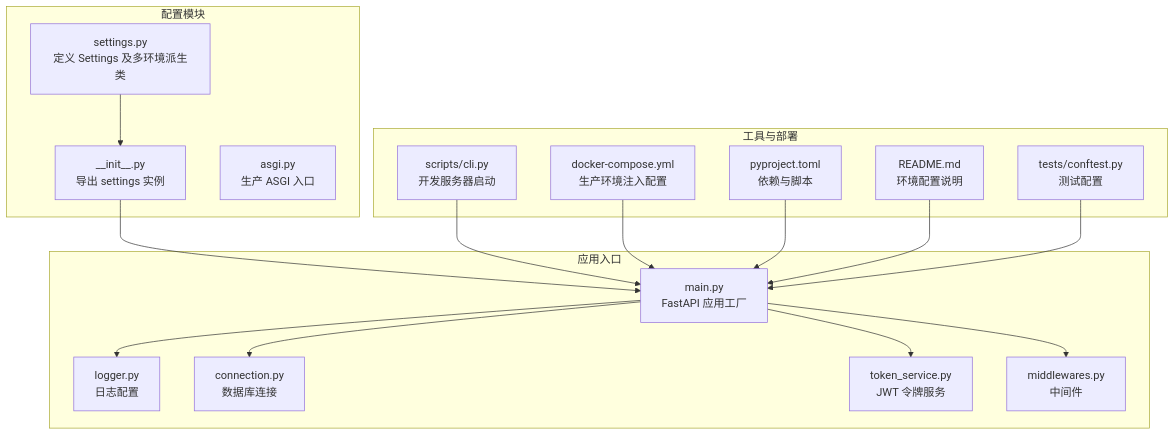
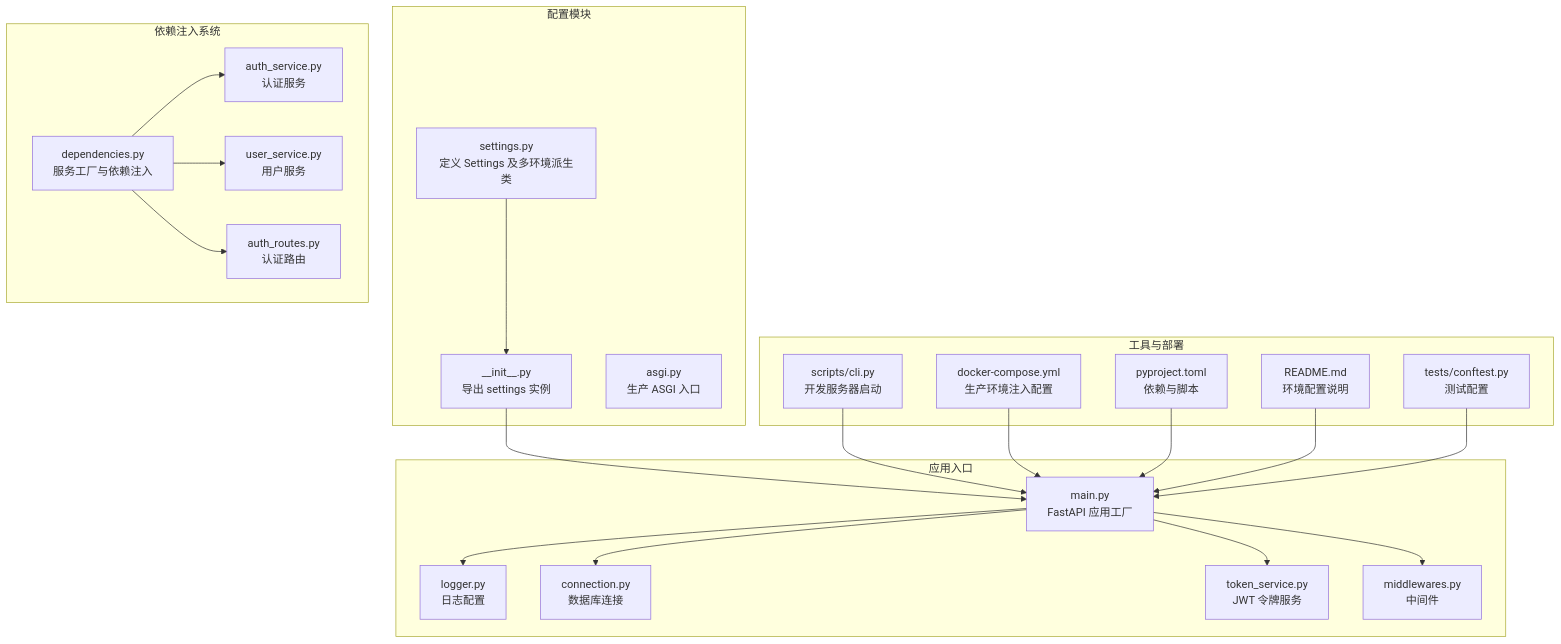
One commit to taoweidong/Hello-FastApi changed the first of 6 diagrams in .qoder/repowiki/zh/content/后端架构设计/配置管理系统.md. Above: the diagram before and after it, drawn with Mermaid. The commit also changed other lines of this file and 18 other files, not shown here.

````diff
--- a/.qoder/repowiki/zh/content/后端架构设计/配置管理系统.md
+++ b/.qoder/repowiki/zh/content/后端架构设计/配置管理系统.md
@@ -49,32 +54,41 @@
 ```mermaid
 graph TB
 subgraph "配置模块"
 S["settings.py<br/>定义 Settings 及多环境派生类"]
 INIT["__init__.py<br/>导出 settings 实例"]
 ASGI["asgi.py<br/>生产 ASGI 入口"]
 end
 subgraph "应用入口"
 MAIN["main.py<br/>FastAPI 应用工厂"]
 LOGGER["logger.py<br/>日志配置"]
 DB["connection.py<br/>数据库连接"]
 TOKEN["token_service.py<br/>JWT 令牌服务"]
 MW["middlewares.py<br/>中间件"]
 end
+subgraph "依赖注入系统"
+DEPS["dependencies.py<br/>服务工厂与依赖注入"]
+AUTH_SVC["auth_service.py<br/>认证服务"]
+USER_SVC["user_service.py<br/>用户服务"]
+AUTH_ROUTES["auth_routes.py<br/>认证路由"]
+end
 subgraph "工具与部署"
 CLI["scripts/cli.py<br/>开发服务器启动"]
 DC["docker-compose.yml<br/>生产环境注入配置"]
 PY["pyproject.toml<br/>依赖与脚本"]
 README["README.md<br/>环境配置说明"]
 TEST["tests/conftest.py<br/>测试配置"]
 end
 S --> INIT --> MAIN
 MAIN --> LOGGER
 MAIN --> DB
 MAIN --> TOKEN
 MAIN --> MW
+DEPS --> AUTH_SVC
+DEPS --> USER_SVC
+DEPS --> AUTH_ROUTES
 CLI --> MAIN
 DC --> MAIN
 PY --> MAIN
 README --> MAIN
 TEST --> MAIN
 ```
````
